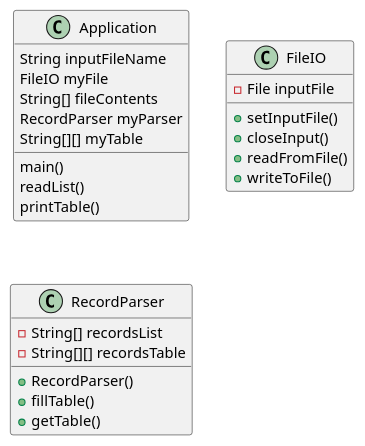
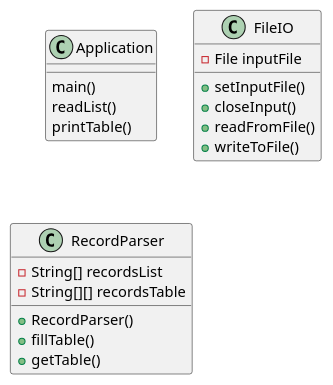
Before and after one commit to rharding8/harding-cop3330-assignment3: the diagram in src/main/java/ex42/base/ex42.puml, drawn with PlantUML. The commit also changed 26 other files, not shown here.

```diff
--- a/src/main/java/ex42/base/ex42.puml
+++ b/src/main/java/ex42/base/ex42.puml
@@ -1,31 +1,26 @@
 @startuml
 'https://plantuml.com/class-diagram
 
 class Application {
-    String inputFileName
-    FileIO myFile
-    String[] fileContents
-    RecordParser myParser
-    String[][] myTable
     main()
     readList()
     printTable()
 }
 
 class FileIO {
     -File inputFile
     +setInputFile()
     +closeInput()
     +readFromFile()
     +writeToFile()
 }
 
 class RecordParser {
     -String[] recordsList
     -String[][] recordsTable
     +RecordParser()
     +fillTable()
     +getTable()
 }
 
 @enduml
```
